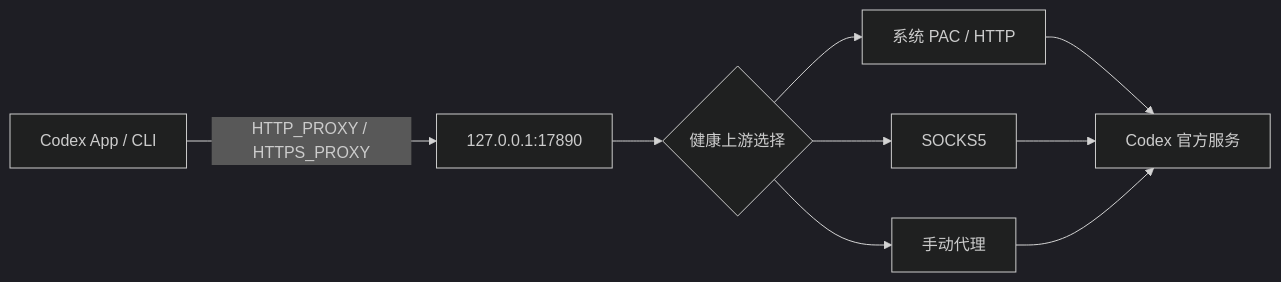
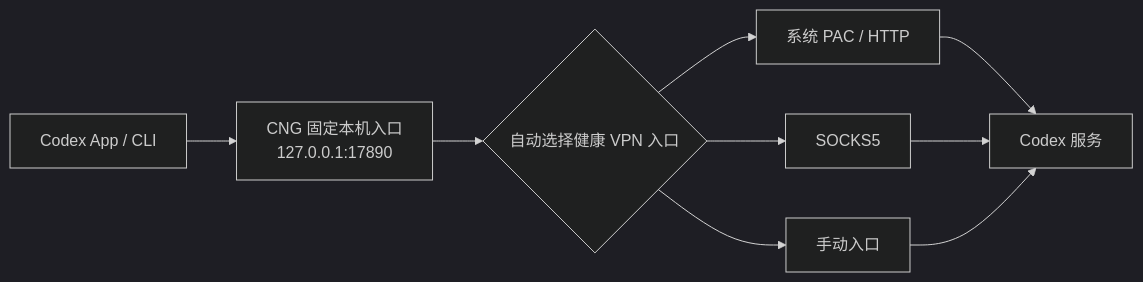
One commit to bei666qi-pan/codex_no5-5 changed the diagram in README.md. Above: the diagram before and after it, drawn with Mermaid (dark theme). The commit also changed other lines of this file and 12 other files, not shown here.

````diff
--- a/README.md
+++ b/README.md
@@ -20,11 +46,11 @@
 ```mermaid
 flowchart LR
-  A["Codex App / CLI"] -->|"HTTP_PROXY / HTTPS_PROXY"| B["127.0.0.1:17890"]
-  B --> C{"健康上游选择"}
+  A["Codex App / CLI"] --> B["CNG 固定本机入口\n127.0.0.1:17890"]
+  B --> C{"自动选择健康 VPN 入口"}
   C --> D["系统 PAC / HTTP"]
   C --> E["SOCKS5"]
-  C --> F["手动代理"]
-  D --> G["Codex 官方服务"]
+  C --> F["手动入口"]
+  D --> G["Codex 服务"]
   E --> G
   F --> G
 ```
````
